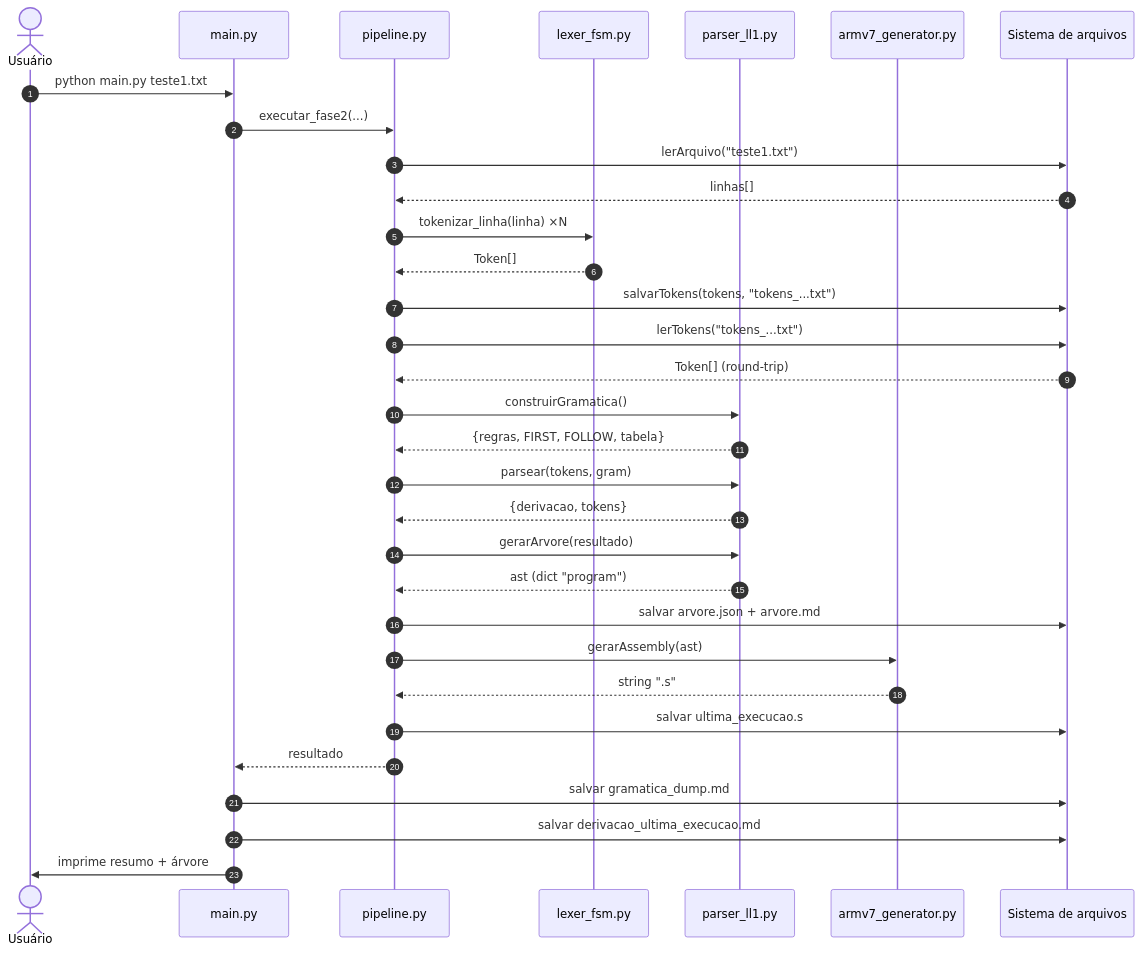
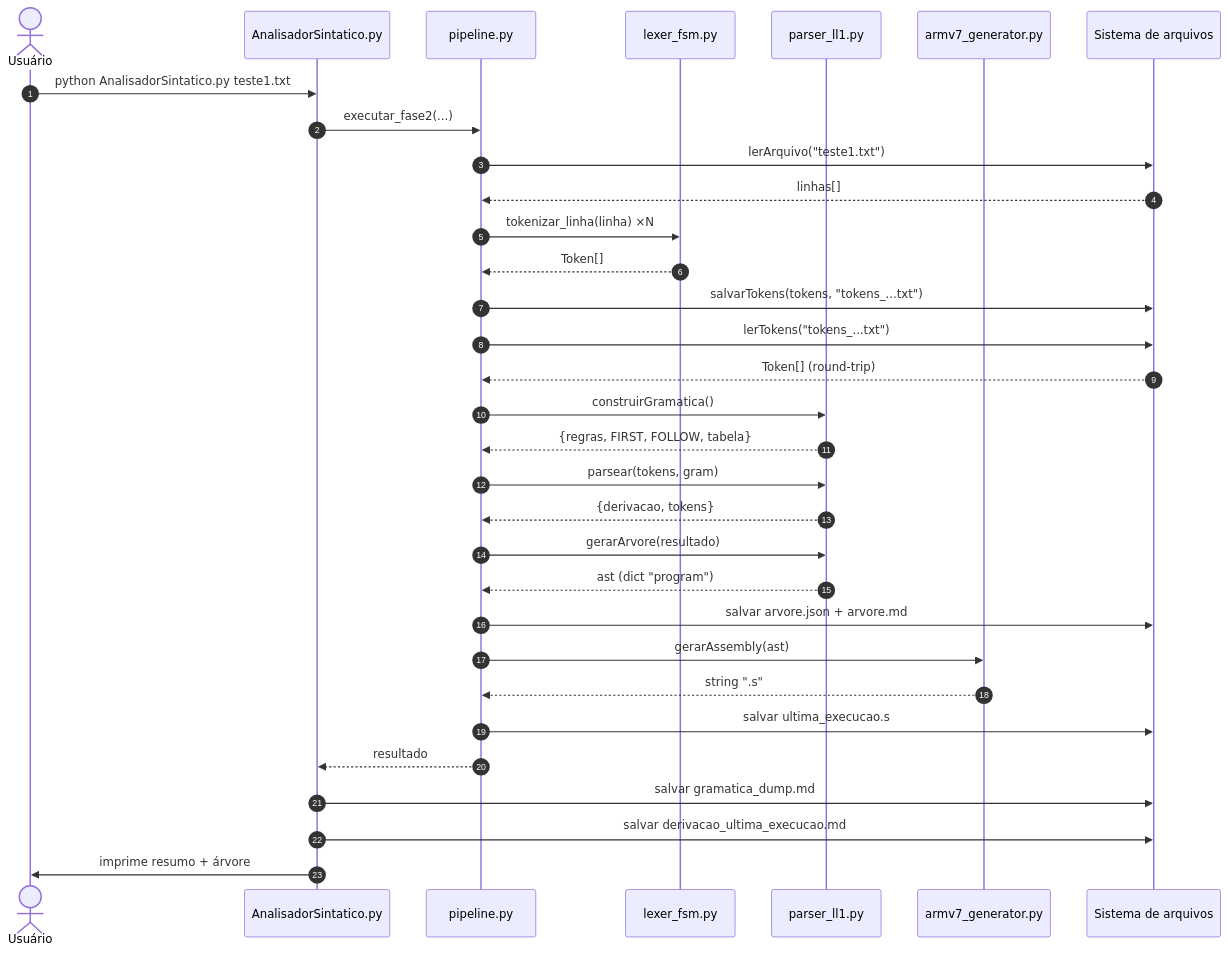
Before and after one commit to Tuizones/RA2_9: the ninth of 13 diagrams in docs/diagramas.md, drawn with Mermaid. The commit also changed other lines of this file and 13 other files, not shown here.

Commit message:
Alteração do nome da main.py para AnalisadorSintatico.py tanto no código quanto no README e diagramas

````diff
--- a/docs/diagramas.md
+++ b/docs/diagramas.md
@@ -270,35 +270,35 @@
 ```mermaid
 sequenceDiagram
     autonumber
     actor U as Usuário
-    participant M as main.py
+    participant M as AnalisadorSintatico.py
     participant P as pipeline.py
     participant L as lexer_fsm.py
     participant G as parser_ll1.py
     participant A as armv7_generator.py
     participant FS as Sistema de arquivos
 
-    U->>M: python main.py teste1.txt
+    U->>M: python AnalisadorSintatico.py teste1.txt
     M->>P: executar_fase2(...)
     P->>FS: lerArquivo("teste1.txt")
     FS-->>P: linhas[]
     P->>L: tokenizar_linha(linha) ×N
     L-->>P: Token[]
     P->>FS: salvarTokens(tokens, "tokens_...txt")
     P->>FS: lerTokens("tokens_...txt")
     FS-->>P: Token[] (round-trip)
     P->>G: construirGramatica()
     G-->>P: {regras, FIRST, FOLLOW, tabela}
     P->>G: parsear(tokens, gram)
     G-->>P: {derivacao, tokens}
     P->>G: gerarArvore(resultado)
     G-->>P: ast (dict "program")
     P->>FS: salvar arvore.json + arvore.md
     P->>A: gerarAssembly(ast)
     A-->>P: string ".s"
     P->>FS: salvar ultima_execucao.s
     P-->>M: resultado
     M->>FS: salvar gramatica_dump.md
     M->>FS: salvar derivacao_ultima_execucao.md
     M->>U: imprime resumo + árvore
 ```
````
